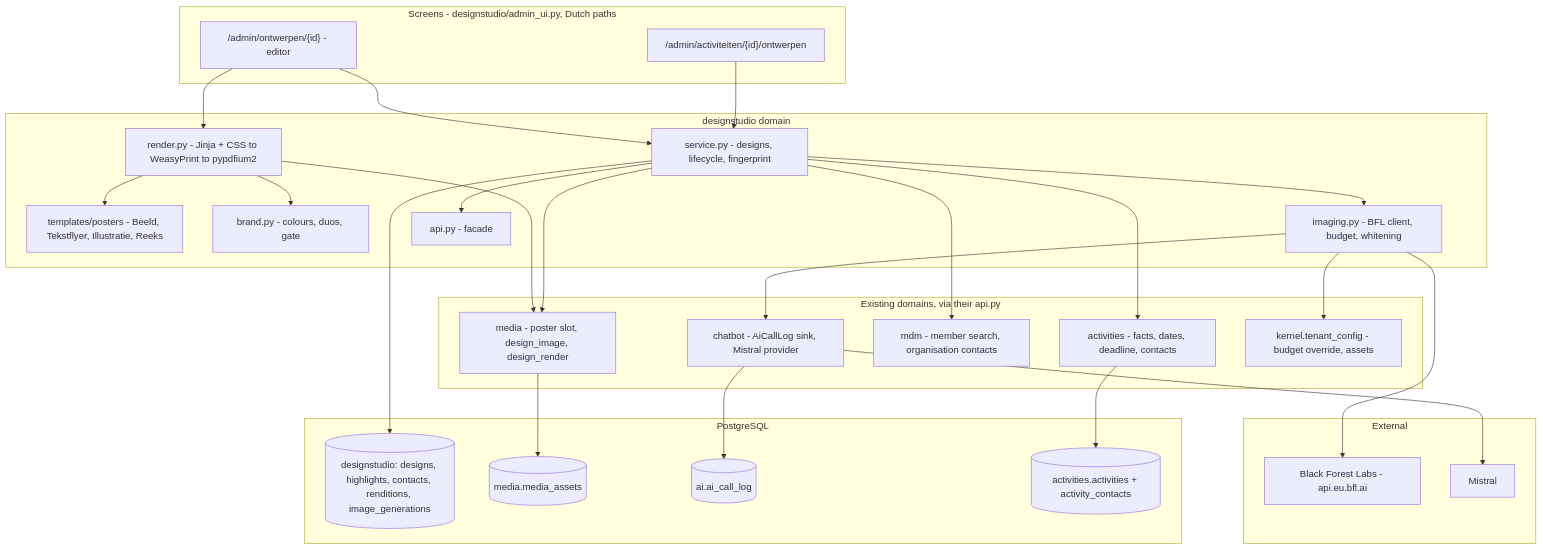
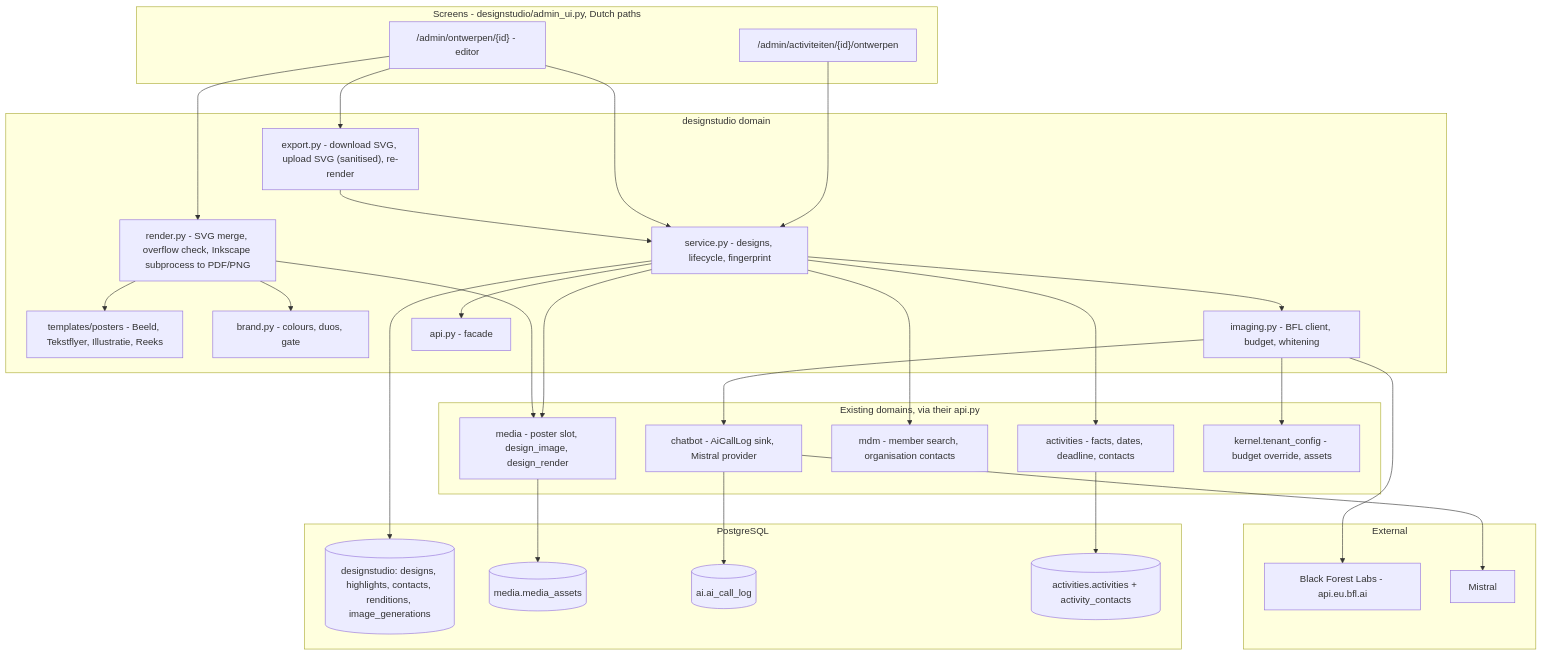
The second of 3 diagrams in docs/change_request_10_design_studio.md (KoenRenders/KoenTest), drawn with Mermaid before and after one commit. The commit also changed other lines of this file, not shown here.

First line of the commit message:
docs(CR-10): Part B on Inkscape — SVG templates, download/upload of the editable file, sanitising, tests; MoSCoW validated

````diff
--- a/docs/change_request_10_design_studio.md
+++ b/docs/change_request_10_design_studio.md
@@ -393,51 +407,54 @@
 ```mermaid
 flowchart TB
   subgraph UI["Screens - designstudio/admin_ui.py, Dutch paths"]
     u1["/admin/activiteiten/{id}/ontwerpen"]
     u2["/admin/ontwerpen/{id} - editor"]
   end
   subgraph DS["designstudio domain"]
     svc["service.py - designs, lifecycle, fingerprint"]
-    rnd["render.py - Jinja + CSS to WeasyPrint to pypdfium2"]
+    rnd["render.py - SVG merge, overflow check, Inkscape subprocess to PDF/PNG"]
+    exp["export.py - download SVG, upload SVG (sanitised), re-render"]
     tpl["templates/posters - Beeld, Tekstflyer, Illustratie, Reeks"]
     brand["brand.py - colours, duos, gate"]
     ai["imaging.py - BFL client, budget, whitening"]
     api["api.py - facade"]
   end
   subgraph EXT["Existing domains, via their api.py"]
     act["activities - facts, dates, deadline, contacts"]
     med["media - poster slot, design_image, design_render"]
     mdm["mdm - member search, organisation contacts"]
     chat["chatbot - AiCallLog sink, Mistral provider"]
     cfg["kernel.tenant_config - budget override, assets"]
   end
   subgraph DB["PostgreSQL"]
     d1[("designstudio: designs, highlights, contacts, renditions, image_generations")]
     d2[("media.media_assets")]
     d3[("ai.ai_call_log")]
     d4[("activities.activities + activity_contacts")]
   end
   subgraph OUT["External"]
     bfl["Black Forest Labs - api.eu.bfl.ai"]
     mis["Mistral"]
   end
   u1 --> svc
   u2 --> svc
   u2 --> rnd
+  u2 --> exp
+  exp --> svc
   svc --> api
   svc --> act
   svc --> med
   svc --> mdm
   svc --> d1
   svc --> ai
   rnd --> tpl
   rnd --> brand
   rnd --> med
   ai --> bfl
   ai --> chat
   ai --> cfg
   chat --> d3
   chat --> mis
   med --> d2
   act --> d4
 ```
````
